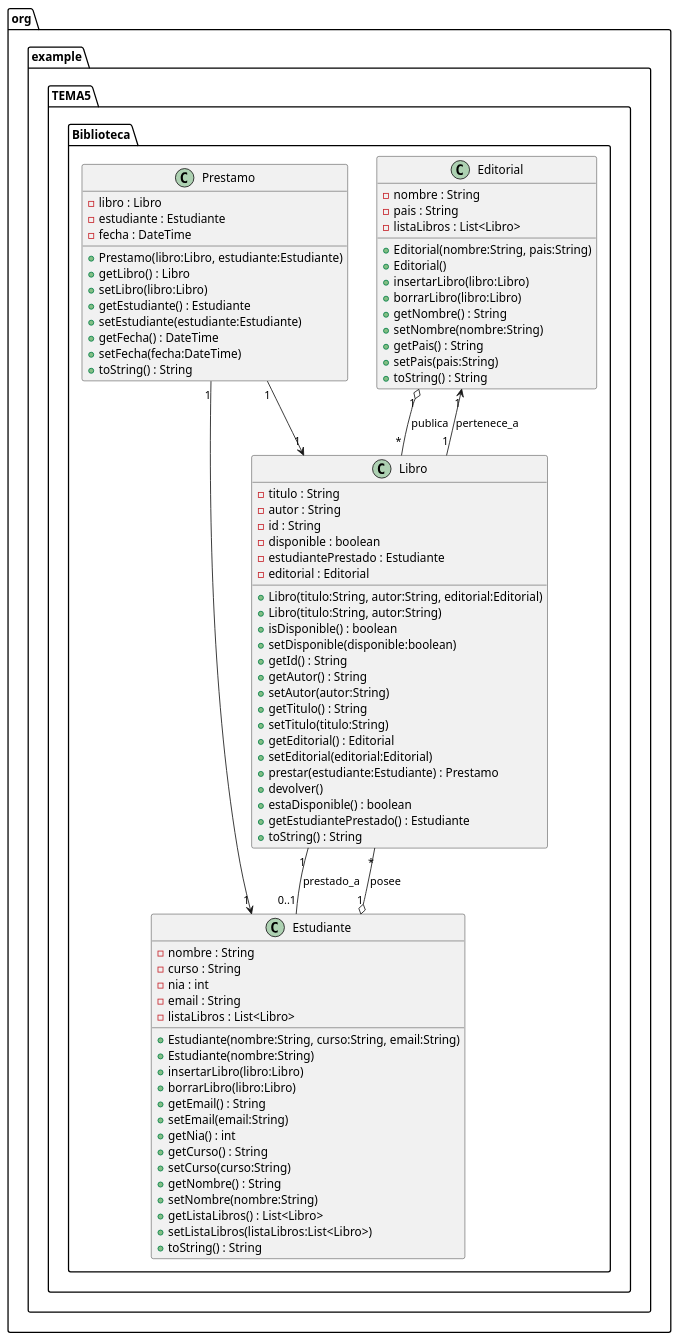
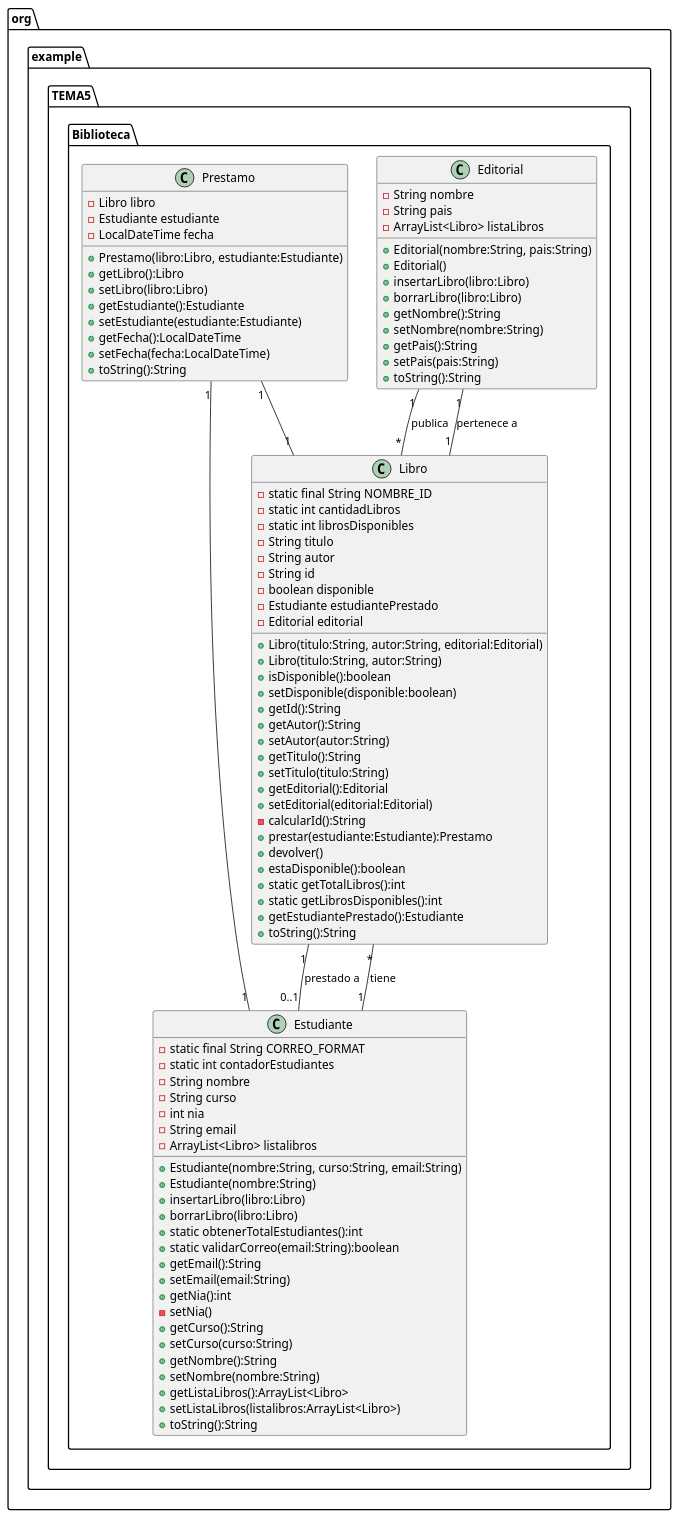
Before and after one commit to daidarzzz/Repositorio1DAM: the diagram in ejercicios_DAM/src/main/java/org/example/TEMA5/Biblioteca/biblio.puml, drawn with PlantUML. The commit also changed 1 other file, not shown here.

```diff
--- a/ejercicios_DAM/src/main/java/org/example/TEMA5/Biblioteca/biblio.puml
+++ b/ejercicios_DAM/src/main/java/org/example/TEMA5/Biblioteca/biblio.puml
@@ -1,88 +1,100 @@
 @startuml
-package "org.example.TEMA5.Biblioteca" {
+package org.example.TEMA5.Biblioteca {
 
     class Editorial {
-        - nombre : String
-        - pais : String
-        - listaLibros : List<Libro>
+        - String nombre
+        - String pais
+        - ArrayList<Libro> listaLibros
         + Editorial(nombre:String, pais:String)
         + Editorial()
         + insertarLibro(libro:Libro)
         + borrarLibro(libro:Libro)
-        + getNombre() : String
+        + getNombre():String
         + setNombre(nombre:String)
-        + getPais() : String
+        + getPais():String
         + setPais(pais:String)
-        + toString() : String
+        + toString():String
     }
 
     class Estudiante {
-        - nombre : String
-        - curso : String
-        - nia : int
-        - email : String
-        - listaLibros : List<Libro>
+        - static final String CORREO_FORMAT
+        - static int contadorEstudiantes
+        - String nombre
+        - String curso
+        - int nia
+        - String email
+        - ArrayList<Libro> listalibros
         + Estudiante(nombre:String, curso:String, email:String)
         + Estudiante(nombre:String)
         + insertarLibro(libro:Libro)
         + borrarLibro(libro:Libro)
-        + getEmail() : String
+        + static obtenerTotalEstudiantes():int
+        + static validarCorreo(email:String):boolean
+        + getEmail():String
         + setEmail(email:String)
-        + getNia() : int
-        + getCurso() : String
+        + getNia():int
+        - setNia()
+        + getCurso():String
         + setCurso(curso:String)
-        + getNombre() : String
+        + getNombre():String
         + setNombre(nombre:String)
-        + getListaLibros() : List<Libro>
-        + setListaLibros(listaLibros:List<Libro>)
-        + toString() : String
+        + getListaLibros():ArrayList<Libro>
+        + setListaLibros(listalibros:ArrayList<Libro>)
+        + toString():String
     }
 
     class Libro {
-        - titulo : String
-        - autor : String
-        - id : String
-        - disponible : boolean
-        - estudiantePrestado : Estudiante
-        - editorial : Editorial
+        - static final String NOMBRE_ID
+        - static int cantidadLibros
+        - static int librosDisponibles
+        - String titulo
+        - String autor
+        - String id
+        - boolean disponible
+        - Estudiante estudiantePrestado
+        - Editorial editorial
         + Libro(titulo:String, autor:String, editorial:Editorial)
         + Libro(titulo:String, autor:String)
-        + isDisponible() : boolean
+        + isDisponible():boolean
         + setDisponible(disponible:boolean)
-        + getId() : String
-        + getAutor() : String
+        + getId():String
+        + getAutor():String
         + setAutor(autor:String)
-        + getTitulo() : String
+        + getTitulo():String
         + setTitulo(titulo:String)
-        + getEditorial() : Editorial
+        + getEditorial():Editorial
         + setEditorial(editorial:Editorial)
-        + prestar(estudiante:Estudiante) : Prestamo
+        - calcularId():String
+        + prestar(estudiante:Estudiante):Prestamo
         + devolver()
-        + estaDisponible() : boolean
-        + getEstudiantePrestado() : Estudiante
-        + toString() : String
+        + estaDisponible():boolean
+        + static getTotalLibros():int
+        + static getLibrosDisponibles():int
+        + getEstudiantePrestado():Estudiante
+        + toString():String
     }
 
     class Prestamo {
-        - libro : Libro
-        - estudiante : Estudiante
-        - fecha : DateTime
+        - Libro libro
+        - Estudiante estudiante
+        - LocalDateTime fecha
         + Prestamo(libro:Libro, estudiante:Estudiante)
-        + getLibro() : Libro
+        + getLibro():Libro
         + setLibro(libro:Libro)
-        + getEstudiante() : Estudiante
+        + getEstudiante():Estudiante
         + setEstudiante(estudiante:Estudiante)
-        + getFecha() : DateTime
-        + setFecha(fecha:DateTime)
-        + toString() : String
+        + getFecha():LocalDateTime
+        + setFecha(fecha:LocalDateTime)
+        + toString():String
     }
 
     ' Relaciones
-    Editorial "1" o-- "*" Libro : publica
-    Estudiante "1" o-- "*" Libro : posee
-    Libro "1" -- "0..1" Estudiante : prestado_a
-    Libro "1" --> "1" Editorial : pertenece_a
-    Prestamo "1" --> "1" Libro
-    Prestamo "1" --> "1" Estudiante
+    Editorial "1" -- "*" Libro : publica
+    Estudiante "1" -- "*" Libro : tiene
+    Libro "1" -- "0..1" Estudiante : prestado a
+    Libro "1" -- "1" Editorial : pertenece a
+    Prestamo "1" -- "1" Libro
+    Prestamo "1" -- "1" Estudiante
+
 }
 @enduml
```
